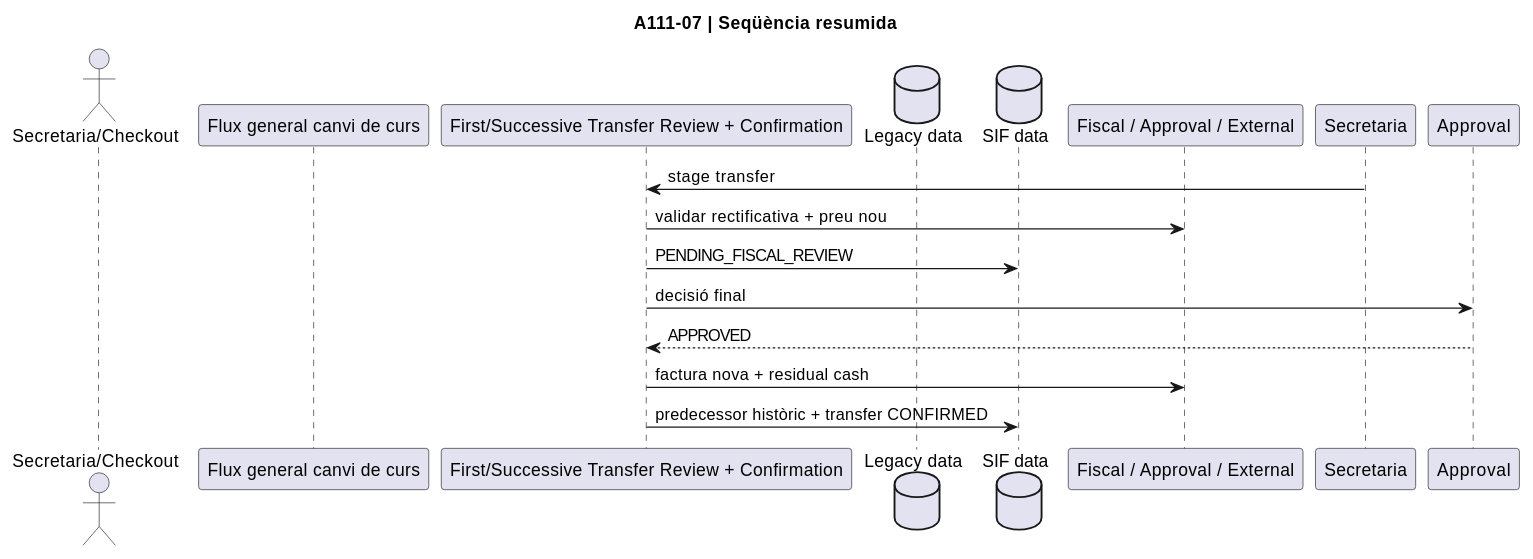
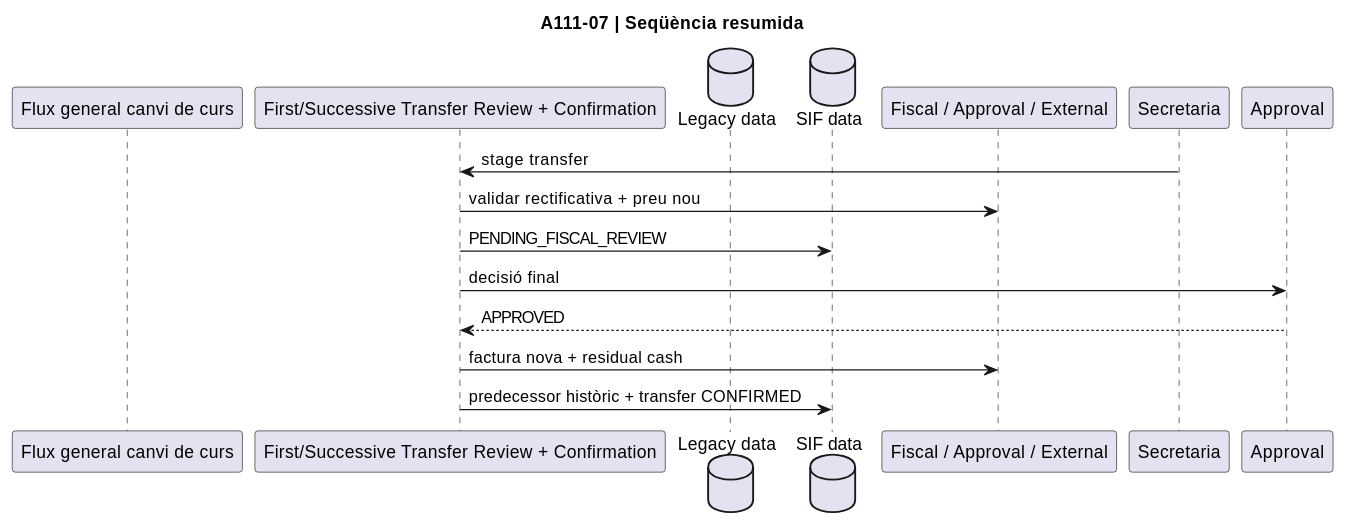
Before and after one commit to orgmeriemprismacat-del/verifactu: diagram 27 of 48 in documentacio/07-uml-integrat/uc-111-diagrames-per-accio.md, drawn with PlantUML. The commit also changed other lines of this file, not shown here.

Commit message:
docs UC-111 diagrams: remove duplicate sequence actors and use stable action-card links

````diff
--- a/documentacio/07-uml-integrat/uc-111-diagrames-per-accio.md
+++ b/documentacio/07-uml-integrat/uc-111-diagrames-per-accio.md
@@ -523,18 +510,17 @@
 ```plantuml
 @startuml
 title A111-07 | Seqüència resumida
-actor "Secretaria/Checkout" as Actor
 participant "Flux general canvi de curs" as Legacy
 participant "First/Successive Transfer Review + Confirmation" as Final
 database "Legacy data" as LegacyDB
 database "SIF data" as SIFDB
 participant "Fiscal / Approval / External" as Fiscal
 Secretaria -> Final : stage transfer
 Final -> Fiscal : validar rectificativa + preu nou
 Final -> SIFDB : PENDING_FISCAL_REVIEW
 Final -> Approval : decisió final
 Approval --> Final : APPROVED
 Final -> Fiscal : factura nova + residual cash
 Final -> SIFDB : predecessor històric + transfer CONFIRMED
 @enduml
 ```
````
